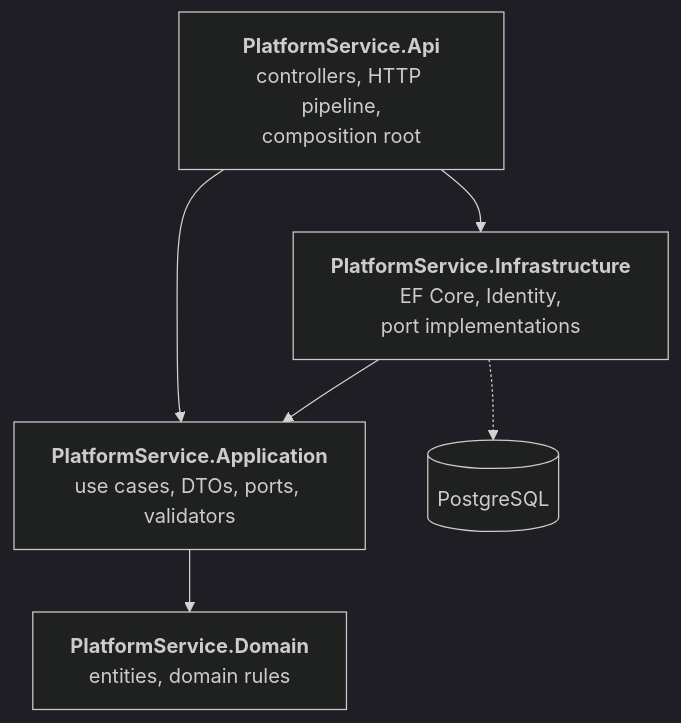
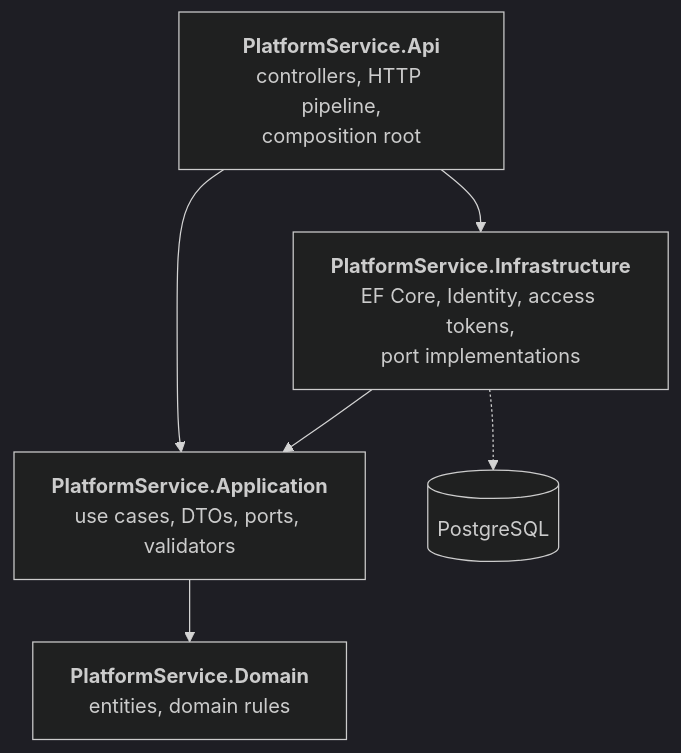
One commit to szoftarch-chess-platform/platform-service changed the first of 4 diagrams in docs/architecture.md. Above: the diagram before and after it, drawn with Mermaid (dark theme). The commit also changed other lines of this file and 80 other files, not shown here.

First line of the commit message:
Add registration and sign-in with ES256 access tokens and sessions

````diff
--- a/docs/architecture.md
+++ b/docs/architecture.md
@@ -9,14 +9,14 @@
 ```mermaid
 flowchart TD
     Api["<b>PlatformService.Api</b><br/>controllers, HTTP pipeline,<br/>composition root"]
     App["<b>PlatformService.Application</b><br/>use cases, DTOs, ports, validators"]
     Dom["<b>PlatformService.Domain</b><br/>entities, domain rules"]
-    Infra["<b>PlatformService.Infrastructure</b><br/>EF Core, Identity,<br/>port implementations"]
+    Infra["<b>PlatformService.Infrastructure</b><br/>EF Core, Identity, access tokens,<br/>port implementations"]
     Pg[("PostgreSQL")]
 
     Api --> App
     Api --> Infra
     Infra --> App
     App --> Dom
     Infra -.-> Pg
 ```
````
